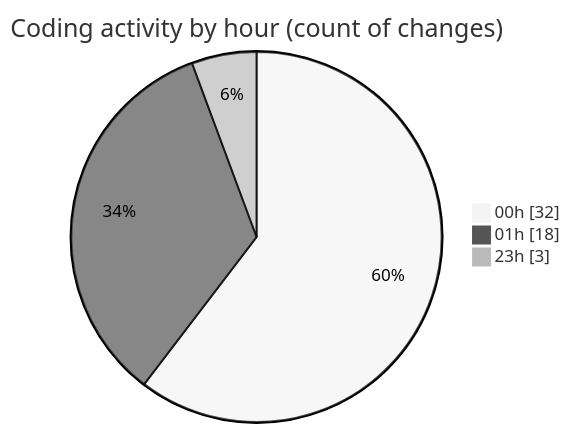
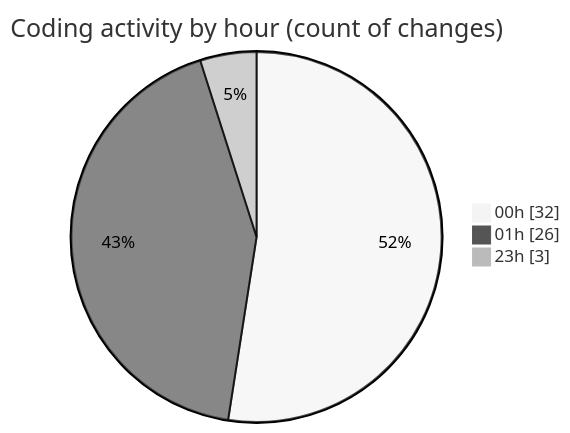
The second of 2 diagrams in 2025-07-28/quanlyrapchieuphim-1/README.md (lephambinh05/code-tracking), drawn with Mermaid (neutral theme) before and after one commit. The commit also changed other lines of this file and 1 other file, not shown here.

````diff
--- a/2025-07-28/quanlyrapchieuphim-1/README.md
+++ b/2025-07-28/quanlyrapchieuphim-1/README.md
@@ -44,7 +44,7 @@
 ```mermaid
 pie showData
 title Coding activity by hour (count of changes)
 "00h" : 32
-"01h" : 18
+"01h" : 26
 "23h" : 3
 ```
````
